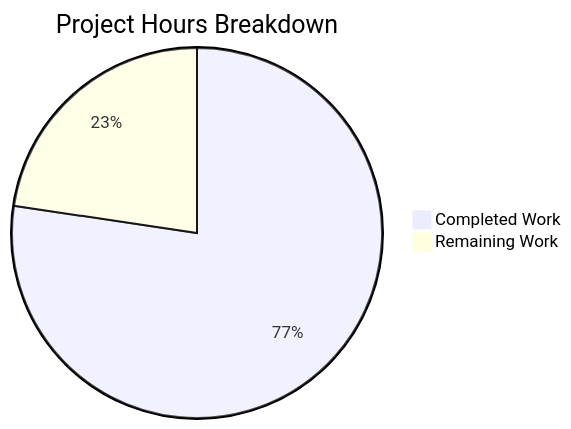
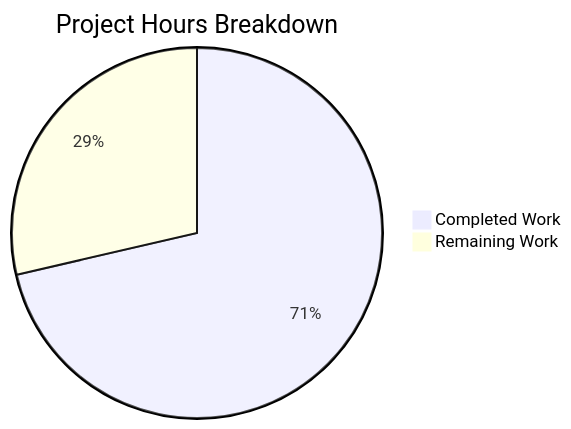
One commit to Blitzy-Sandbox/blitzy-SplendidCRM changed the second of 3 diagrams in blitzy/documentation/Project Guide.md. Above: the diagram before and after it, drawn with Mermaid. The commit also changed other lines of this file, not shown here.

Commit message:
Adding Blitzy Project Guide: Project Status and Human Tasks Remaining

````diff
--- a/blitzy/documentation/Project Guide.md
+++ b/blitzy/documentation/Project Guide.md
@@ -231,5 +231,5 @@
 ```mermaid
 pie title Project Hours Breakdown
-    "Completed Work" : 280
-    "Remaining Work" : 82
+    "Completed Work" : 217
+    "Remaining Work" : 87
 ```
````
